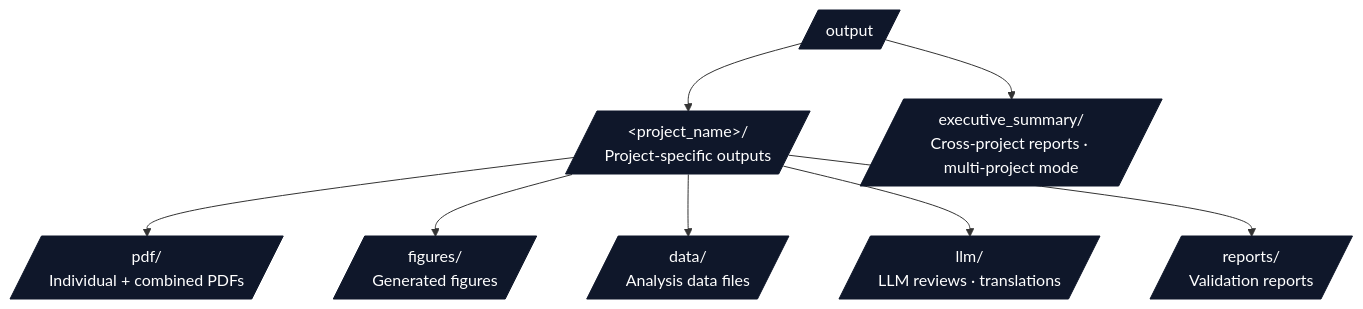
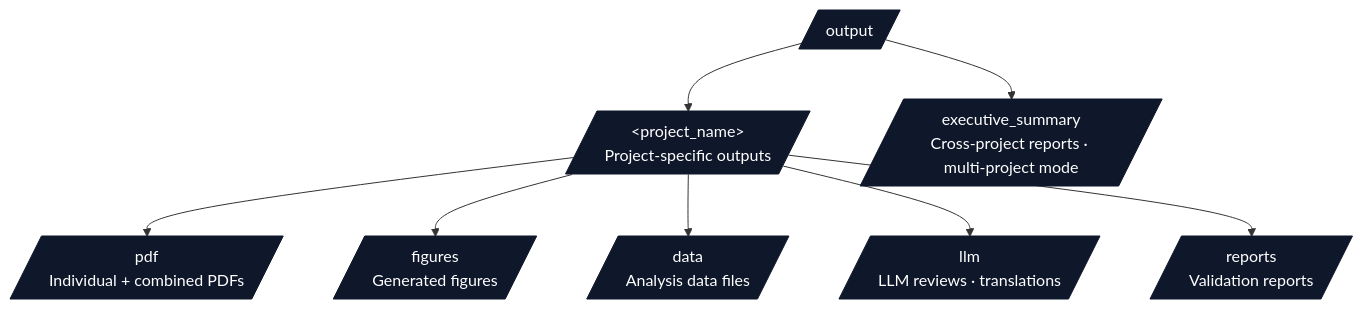
One commit to docxology/template changed the second of 2 diagrams in CLAUDE.md. Above: the diagram before and after it, drawn with Mermaid. The commit also changed other lines of this file and 164 other files, not shown here.

````diff
--- a/CLAUDE.md
+++ b/CLAUDE.md
@@ -228,16 +228,16 @@
 ```mermaid
 flowchart TB
     OUT[/output/]
-    OUT --> P[/&lt;project_name&gt;/<br/>Project-specific outputs/]
-    OUT --> EX[/executive_summary/<br/>Cross-project reports · multi-project mode/]
+    OUT --> P[/&lt;project_name&gt;<br/>Project-specific outputs/]
+    OUT --> EX[/executive_summary<br/>Cross-project reports · multi-project mode/]
 
-    P --> PDF[/pdf/<br/>Individual + combined PDFs/]
-    P --> FIG[/figures/<br/>Generated figures/]
-    P --> DATA[/data/<br/>Analysis data files/]
-    P --> LLM[/llm/<br/>LLM reviews · translations/]
-    P --> REP[/reports/<br/>Validation reports/]
+    P --> PDF[/pdf<br/>Individual + combined PDFs/]
+    P --> FIG[/figures<br/>Generated figures/]
+    P --> DATA[/data<br/>Analysis data files/]
+    P --> LLM[/llm<br/>LLM reviews · translations/]
+    P --> REP[/reports<br/>Validation reports/]
 
     classDef d fill:#0f172a,stroke:#0f172a,color:#fff
     classDef f fill:#0f766e,stroke:#0f172a,color:#fff
     class OUT,P,EX,PDF,FIG,DATA,LLM,REP d
 ```
````
